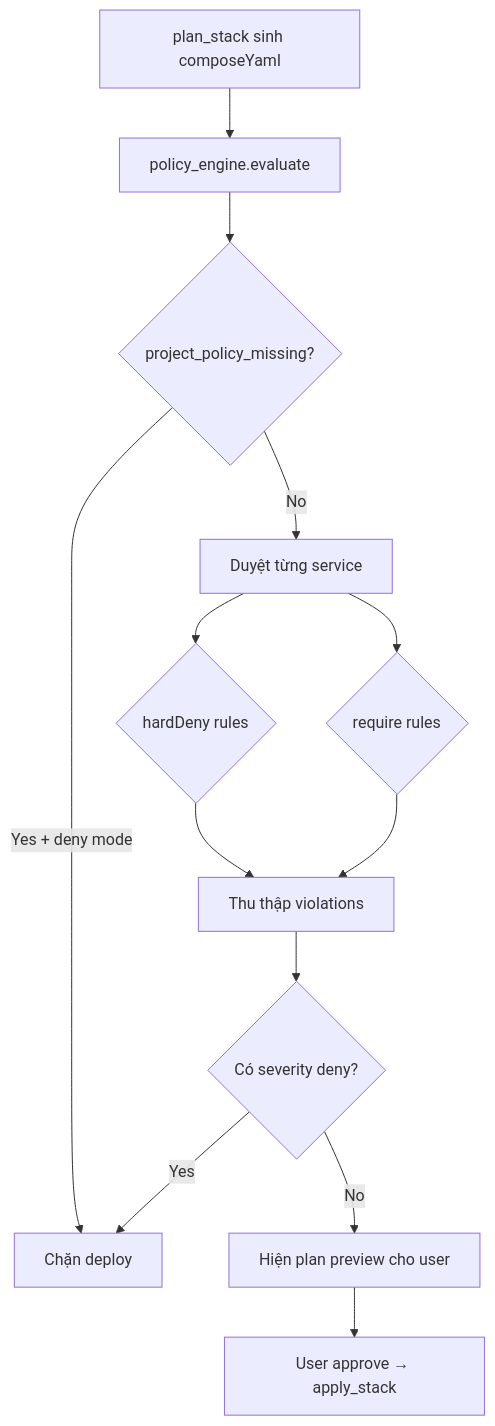
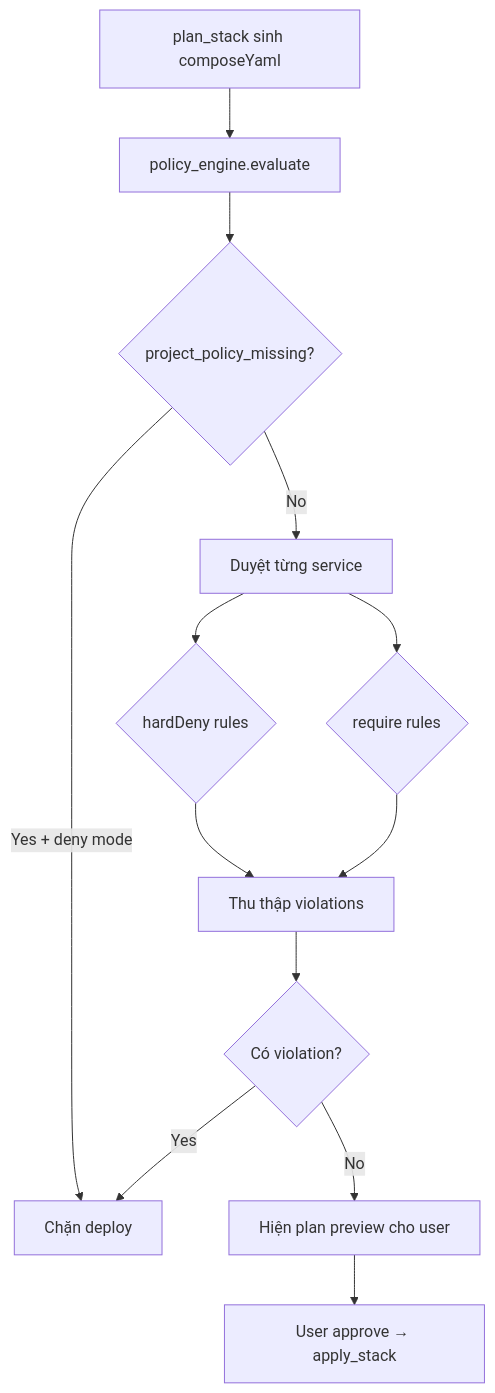
One commit to NeoCyber05/Docker-Agent-CLI changed the diagram in docs/policies.md. Above: the diagram before and after it, drawn with Mermaid. The commit also changed other lines of this file and 12 other files, not shown here.

````diff
--- a/docs/policies.md
+++ b/docs/policies.md
@@ -275,15 +268,15 @@
 ```mermaid
 flowchart TD
   A[plan_stack sinh composeYaml] --> B[policy_engine.evaluate]
   B --> C{project_policy_missing?}
   C -->|Yes + deny mode| D[Chặn deploy]
   C -->|No| E[Duyệt từng service]
   E --> F{hardDeny rules}
   E --> G{require rules}
   F --> H[Thu thập violations]
   G --> H
-  H --> I{Có severity deny?}
+  H --> I{Có violation?}
   I -->|Yes| D
   I -->|No| J[Hiện plan preview cho user]
   J --> K[User approve → apply_stack]
 ```
````
